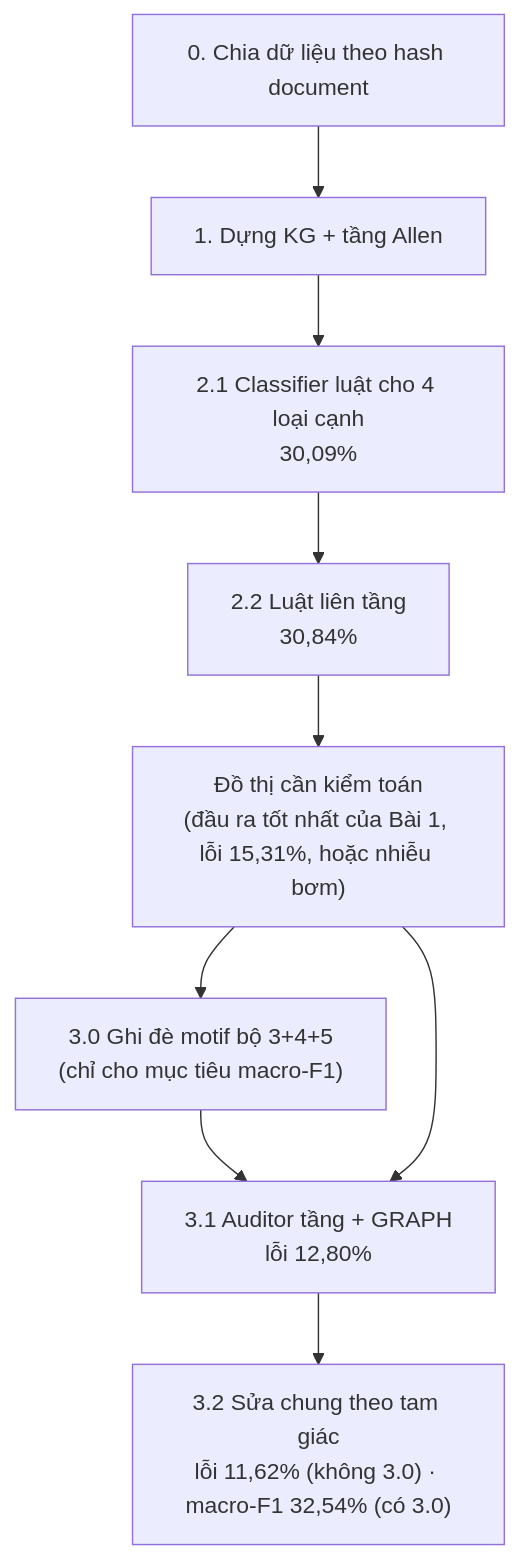
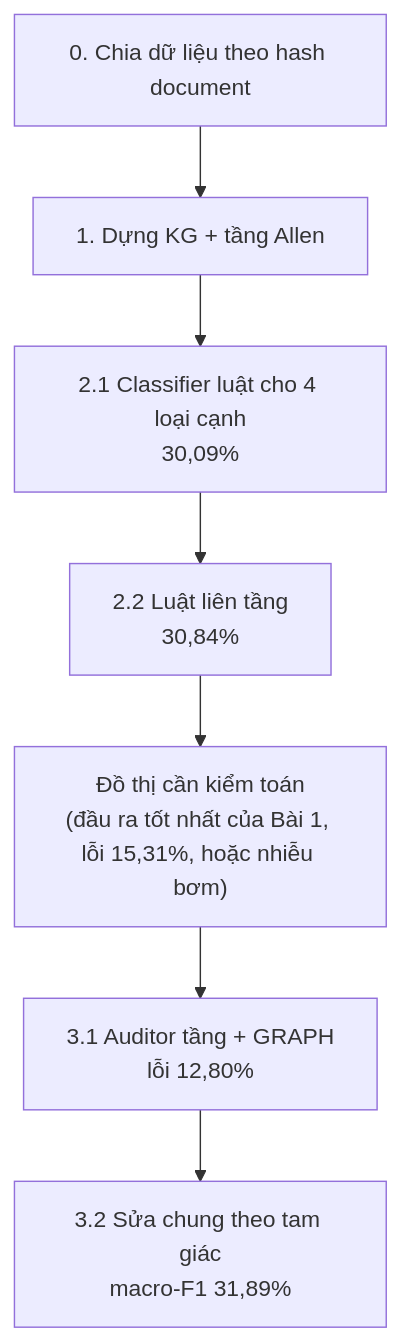
One commit to Pigeon102/TempEKG changed the sixth of 6 diagrams in report/TEMPEKG_KIEN_TRUC.md. Above: the diagram before and after it, drawn with Mermaid. The commit also changed other lines of this file and 8 other files, not shown here.

Commit message:
Docs: drop motif 3+4+5 override, Bai 2 optimised by macro-F1 only, one main table + ablation section, add TONG_QUAN

````diff
--- a/report/TEMPEKG_KIEN_TRUC.md
+++ b/report/TEMPEKG_KIEN_TRUC.md
@@ -246,11 +246,9 @@
 ```mermaid
 flowchart TB
     S0["0. Chia dữ liệu theo hash document"] --> S1["1. Dựng KG + tầng Allen"]
     S1 --> S21["2.1 Classifier luật cho 4 loại cạnh<br/>30,09%"]
     S21 --> S22["2.2 Luật liên tầng<br/>30,84%"]
     S22 --> N["Đồ thị cần kiểm toán<br/>(đầu ra tốt nhất của Bài 1, lỗi 15,31%, hoặc nhiễu bơm)"]
-    N --> S30["3.0 Ghi đè motif bộ 3+4+5<br/>(chỉ cho mục tiêu macro-F1)"]
-    S30 --> S31
     N --> S31["3.1 Auditor tầng + GRAPH<br/>lỗi 12,80%"]
-    S31 --> S32["3.2 Sửa chung theo tam giác<br/>lỗi 11,62% (không 3.0) · macro-F1 32,54% (có 3.0)"]
+    S31 --> S32["3.2 Sửa chung theo tam giác<br/>macro-F1 31,89%"]
 ```
````
